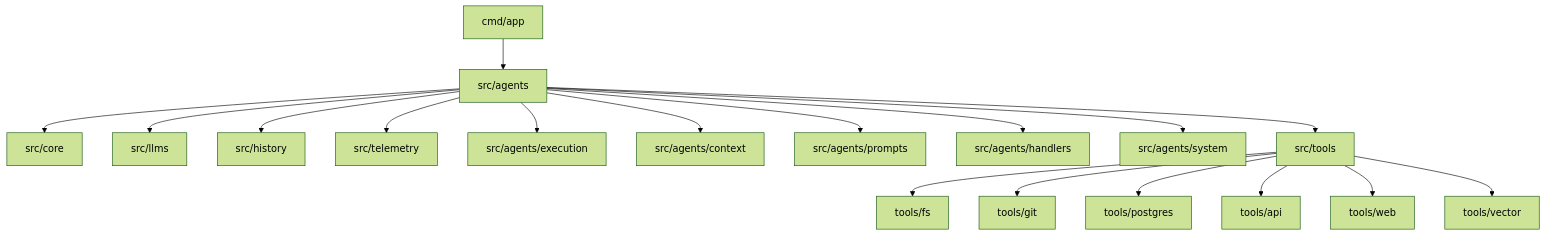
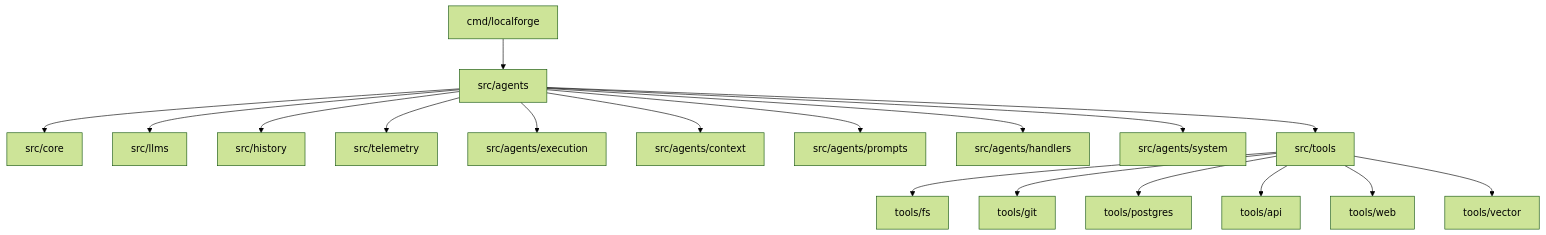
One commit to thinktwiceco/agent-forge changed the diagram in docs/agents/architecture.md. Above: the diagram before and after it, drawn with Mermaid (forest theme). The commit also changed 62 other files, not shown here.

````diff
--- a/docs/agents/architecture.md
+++ b/docs/agents/architecture.md
@@ -5,21 +5,21 @@
 ```mermaid
 graph TB
-    cmd[cmd/app] --> agents[src/agents]
+    cmd[cmd/localforge] --> agents[src/agents]
     agents --> core[src/core]
     agents --> llms[src/llms]
     agents --> history[src/history]
     agents --> telemetry[src/telemetry]
     agents --> execution[src/agents/execution]
     agents --> context[src/agents/context]
     agents --> prompts[src/agents/prompts]
     agents --> handlers[src/agents/handlers]
     agents --> system[src/agents/system]
     agents --> tools[src/tools]
     
     tools --> fs[tools/fs]
     tools --> git[tools/git]
     tools --> postgres[tools/postgres]
     tools --> api[tools/api]
     tools --> web[tools/web]
     tools --> vector[tools/vector]
 ```
````
